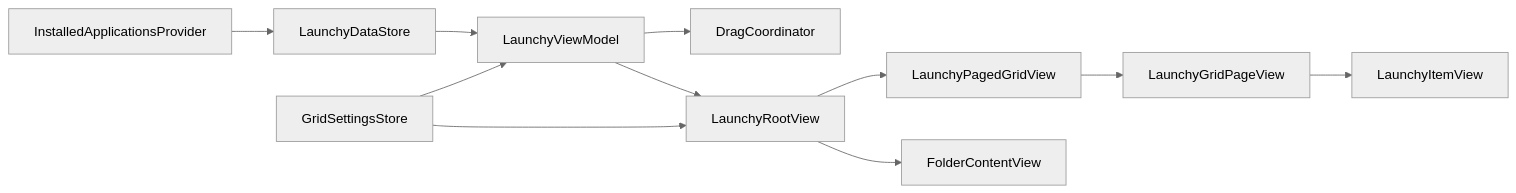
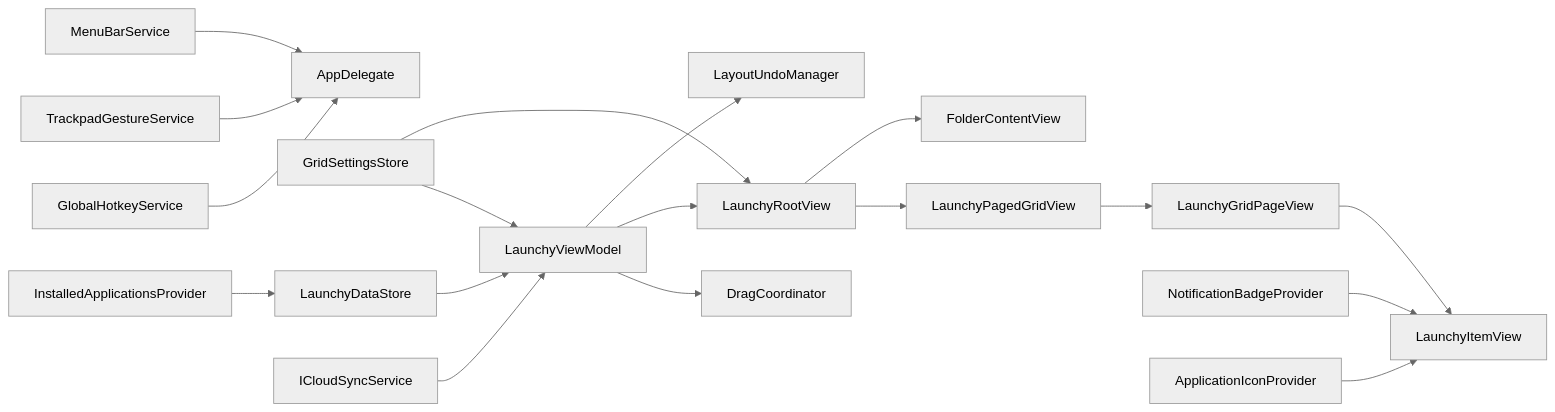
Before and after one commit to lbenicio/launchy: the diagram in README.md, drawn with Mermaid (neutral theme). The commit also changed other lines of this file and 21 other files, not shown here.

````diff
--- a/README.md
+++ b/README.md
@@ -29,13 +29,20 @@
 ```mermaid
 graph LR
     A[InstalledApplicationsProvider] --> B[LaunchyDataStore]
     B --> C[LaunchyViewModel]
     C --> D[DragCoordinator]
     C --> E[LaunchyRootView]
+    C --> L[LayoutUndoManager]
     E --> F[LaunchyPagedGridView]
     E --> G[FolderContentView]
     F --> H[LaunchyGridPageView]
     H --> I[LaunchyItemView]
     J[GridSettingsStore] --> C
     J --> E
+    K[GlobalHotkeyService] --> M[AppDelegate]
+    N[TrackpadGestureService] --> M
+    O[MenuBarService] --> M
+    P[NotificationBadgeProvider] --> I
+    Q[ApplicationIconProvider] --> I
+    R[ICloudSyncService] --> C
 ```
````
